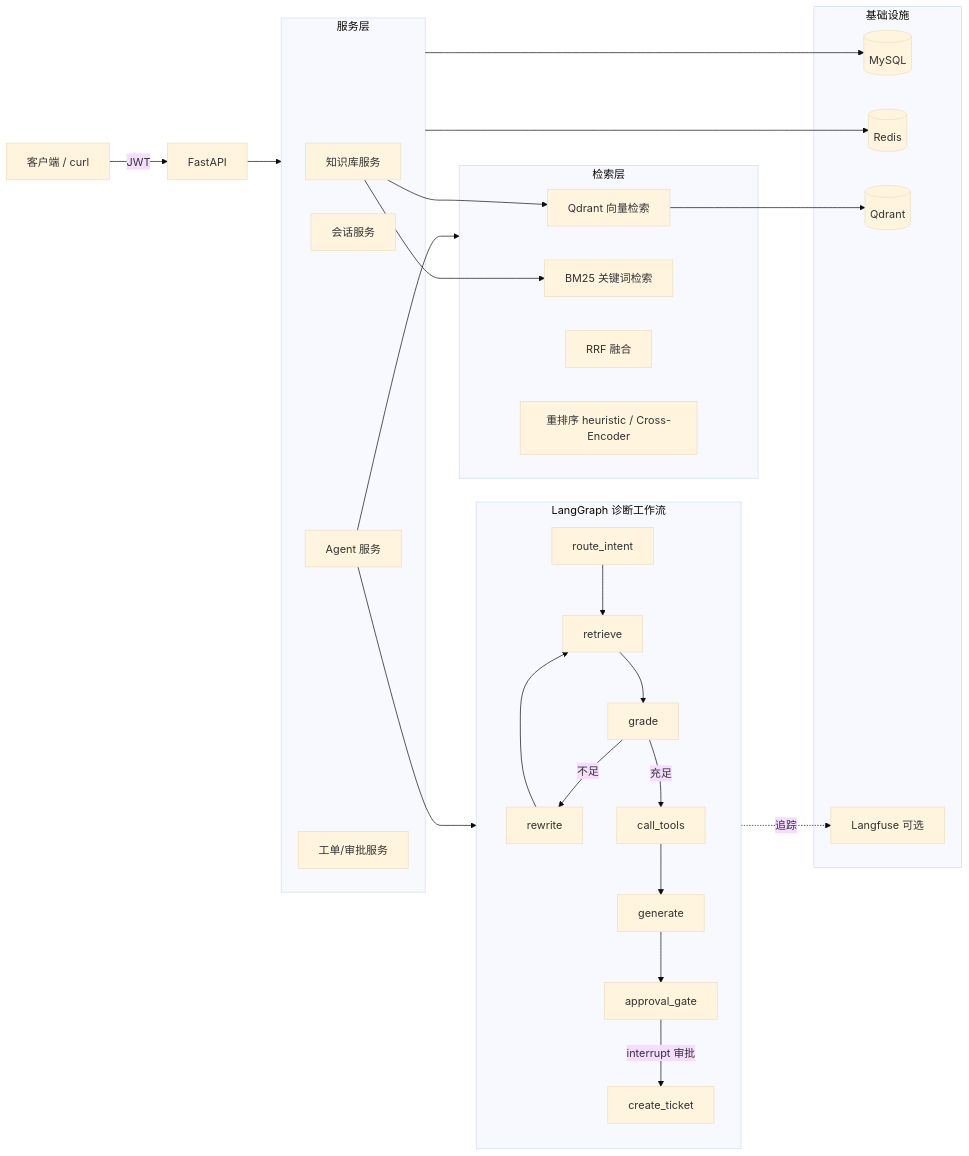
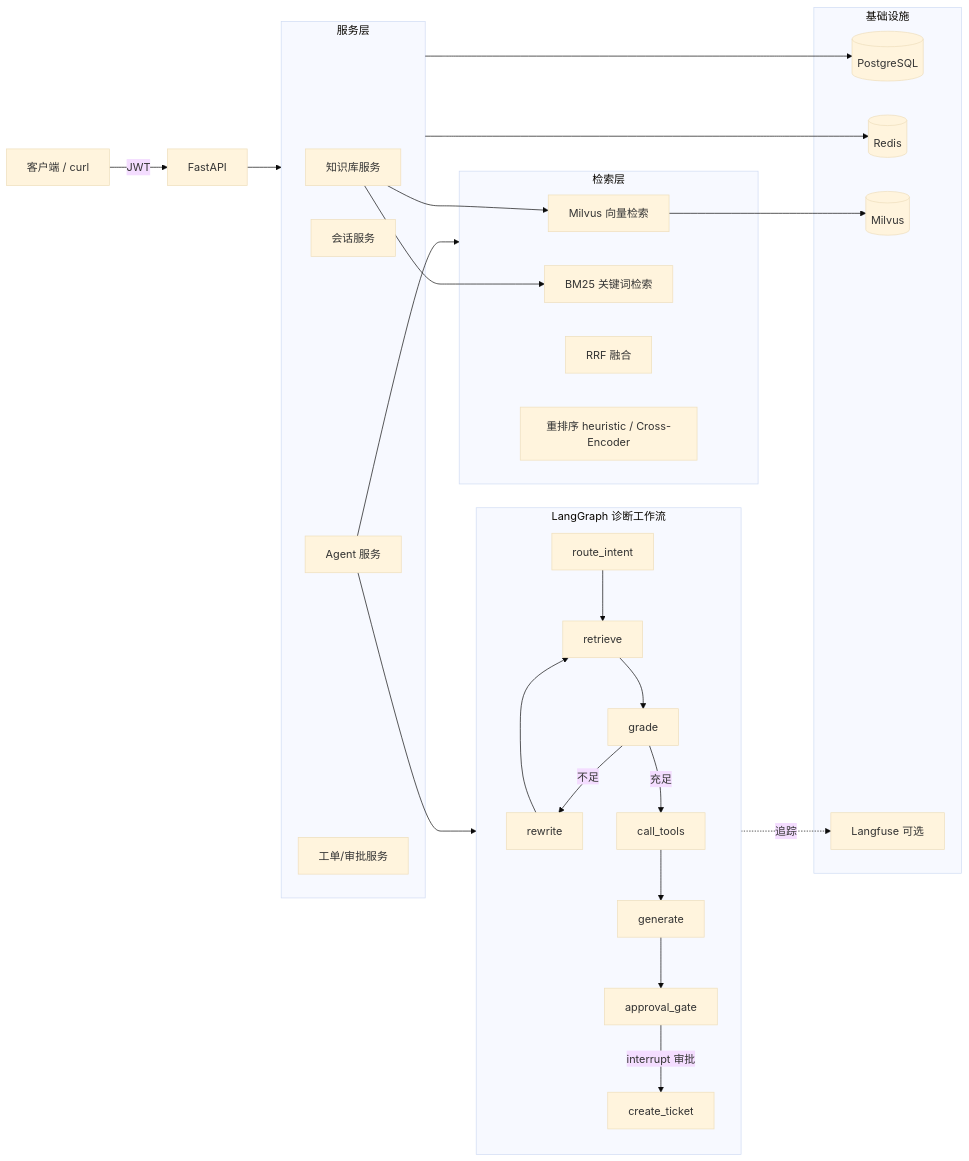
One commit to twi66li/OpsPilot changed the diagram in docs/ARCHITECTURE.md. Above: the diagram before and after it, drawn with Mermaid (base theme). The commit also changed other lines of this file and 46 other files, not shown here.

````diff
--- a/docs/ARCHITECTURE.md
+++ b/docs/ARCHITECTURE.md
@@ -5,36 +5,36 @@
 ```mermaid
 flowchart LR
     Client[客户端 / curl] -->|JWT| API[FastAPI]
     subgraph Services[服务层]
         KB[知识库服务] 
         CHAT[会话服务]
         AGENT[Agent 服务]
         TICKET[工单/审批服务]
     end
     API --> Services
     subgraph RAG[检索层]
-        VEC[Qdrant 向量检索]
+        VEC[Milvus 向量检索]
         BM25[BM25 关键词检索]
         FUSE[RRF 融合]
         RERANK[重排序 heuristic / Cross-Encoder]
     end
     KB --> VEC & BM25
     AGENT --> RAG
     subgraph GRAPH[LangGraph 诊断工作流]
         RI[route_intent] --> RET[retrieve] --> GR[grade]
         GR -->|不足| RW[rewrite] --> RET
         GR -->|充足| TOOLS[call_tools] --> GEN[generate] --> AG[approval_gate]
         AG -->|interrupt 审批| CT[create_ticket]
     end
     AGENT --> GRAPH
     subgraph INFRA[基础设施]
-        MYSQL[(MySQL)]
+        DB[(PostgreSQL)]
         REDIS[(Redis)]
-        QDRANTDB[(Qdrant)]
+        MILVUSDB[(Milvus)]
         LF[Langfuse 可选]
     end
-    Services --> MYSQL
-    VEC --> QDRANTDB
+    Services --> DB
+    VEC --> MILVUSDB
     Services --> REDIS
     GRAPH -.追踪.-> LF
 ```
````
